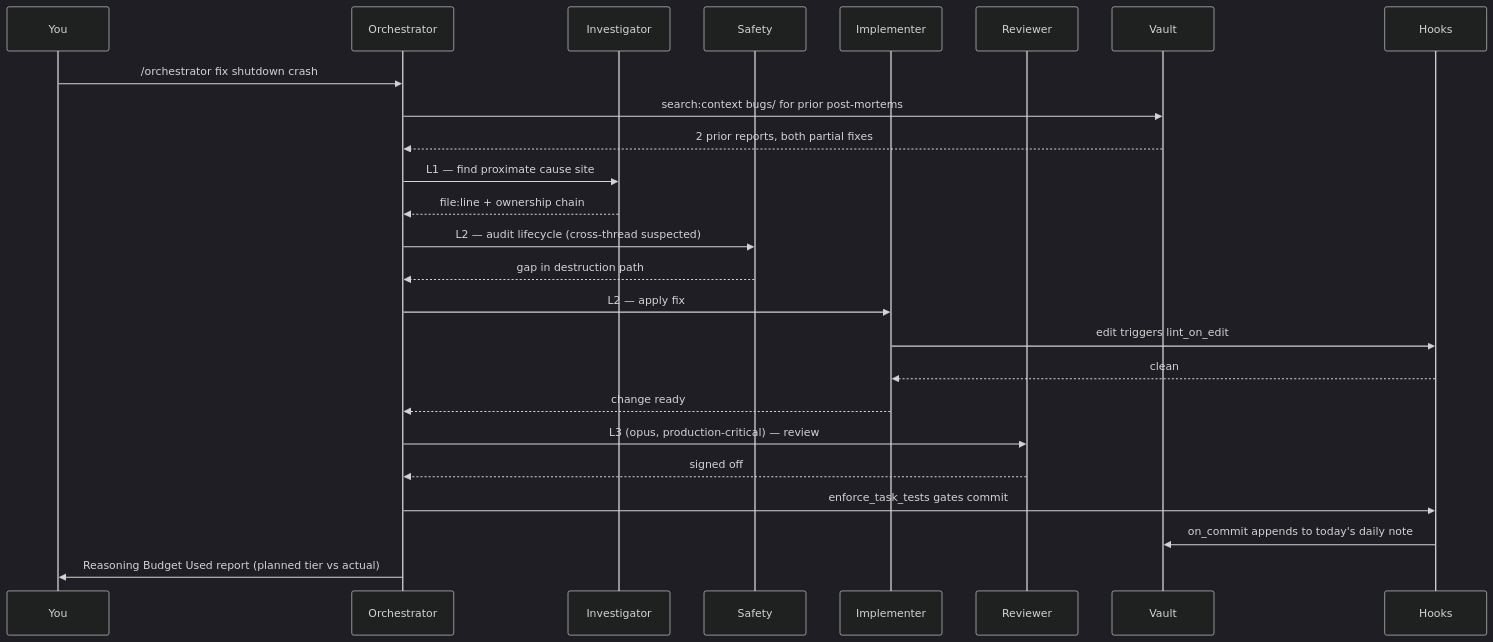
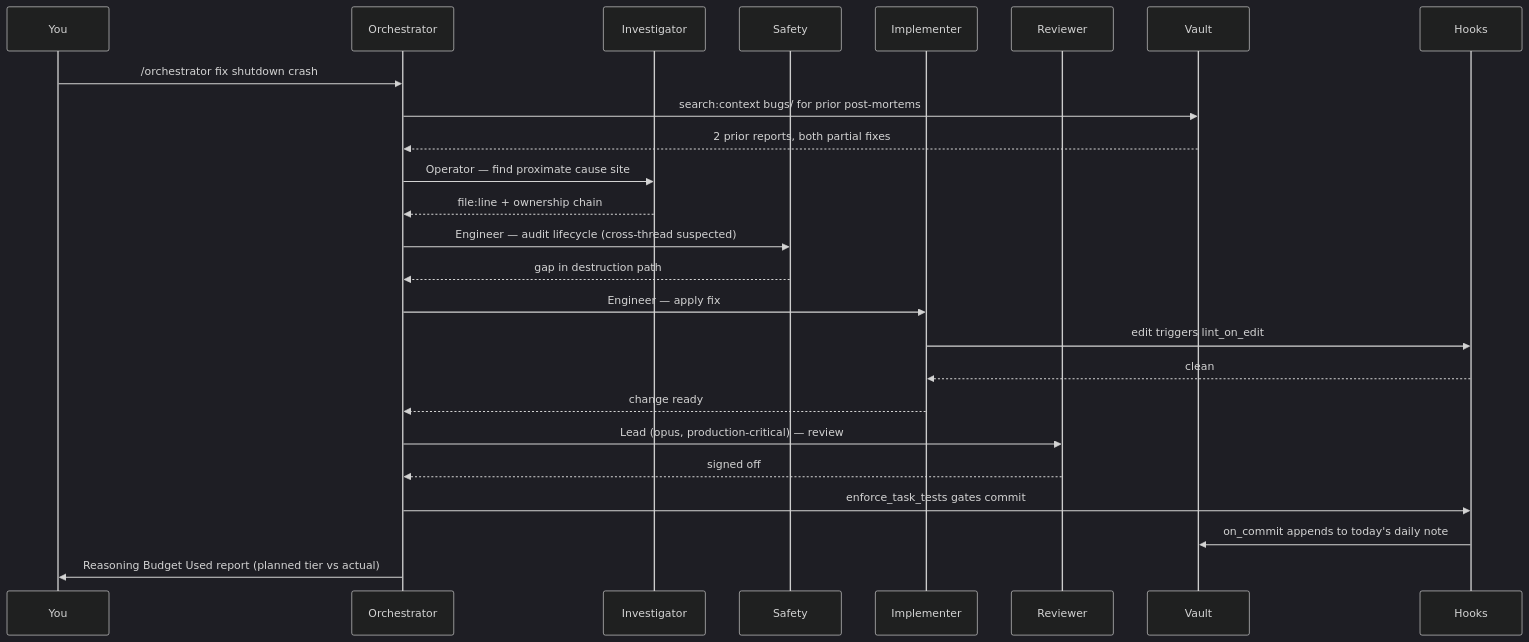
Before and after one commit to gamingfedor-dev/team-lead-harness: the first of 2 diagrams in README.md, drawn with Mermaid (dark theme). The commit also changed other lines of this file and 9 other files, not shown here.

First line of the commit message:
refactor(harness): rename reasoning tiers to Operator/Engineer/Lead + rebrand to Team Lead Harness

````diff
--- a/README.md
+++ b/README.md
@@ -83,28 +83,28 @@
 ```mermaid
 sequenceDiagram
     participant You
     participant Orchestrator
     participant Investigator
     participant Safety
     participant Implementer
     participant Reviewer
     participant Vault
     participant Hooks
 
     You->>Orchestrator: /orchestrator fix shutdown crash
     Orchestrator->>Vault: search:context bugs/ for prior post-mortems
     Vault-->>Orchestrator: 2 prior reports, both partial fixes
-    Orchestrator->>Investigator: L1 — find proximate cause site
+    Orchestrator->>Investigator: Operator — find proximate cause site
     Investigator-->>Orchestrator: file:line + ownership chain
-    Orchestrator->>Safety: L2 — audit lifecycle (cross-thread suspected)
+    Orchestrator->>Safety: Engineer — audit lifecycle (cross-thread suspected)
     Safety-->>Orchestrator: gap in destruction path
-    Orchestrator->>Implementer: L2 — apply fix
+    Orchestrator->>Implementer: Engineer — apply fix
     Implementer->>Hooks: edit triggers lint_on_edit
     Hooks-->>Implementer: clean
     Implementer-->>Orchestrator: change ready
-    Orchestrator->>Reviewer: L3 (opus, production-critical) — review
+    Orchestrator->>Reviewer: Lead (opus, production-critical) — review
     Reviewer-->>Orchestrator: signed off
     Orchestrator->>Hooks: enforce_task_tests gates commit
     Hooks->>Vault: on_commit appends to today's daily note
     Orchestrator->>You: Reasoning Budget Used report (planned tier vs actual)
 ```
````
